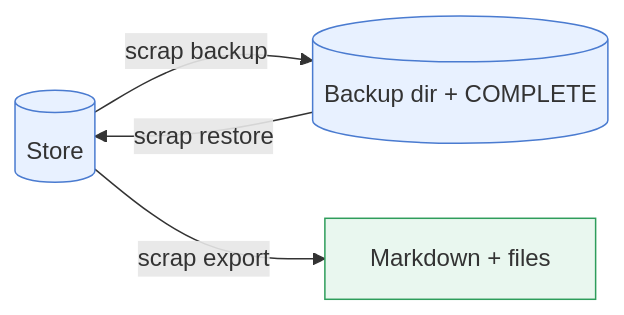
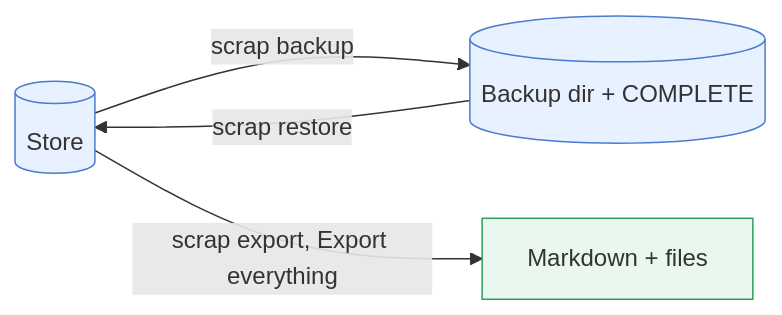
The fourth of 4 diagrams in docs/explanations/architecture/capture-and-files.md (gilesknap/scrap), drawn with Mermaid before and after one commit. The commit also changed other lines of this file and 20 other files, not shown here.

````diff
--- a/docs/explanations/architecture/capture-and-files.md
+++ b/docs/explanations/architecture/capture-and-files.md
@@ -174,8 +174,8 @@
 ```mermaid
 flowchart LR
     s[("Store")]:::store -- "scrap backup" --> b[("Backup dir + COMPLETE")]:::store
     b -- "scrap restore" --> s
-    s -- "scrap export" --> x["Markdown + files"]:::user
+    s -- "scrap export, Export everything" --> x["Markdown + files"]:::user
     classDef store fill:#e8f1ff,stroke:#4a7bd0
     classDef user fill:#e9f7ef,stroke:#2e9d5b
 ```
````
